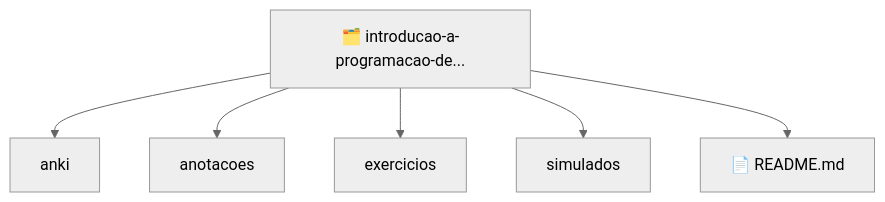
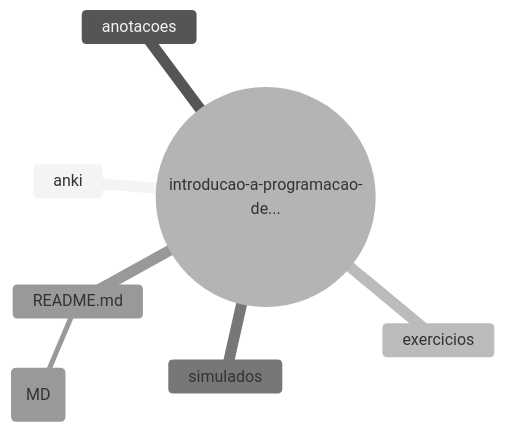
The diagram in 2025-2-Semestre/introducao-a-programacao-de-computadores/MAPA_MENTAL.md (jean-nathan/jornada-eng-software), drawn with Mermaid (neutral theme) before and after one commit. The commit also changed other lines of this file and 6 other files, not shown here.

Commit message:
003 - Fix GitHub Mermaid mindmap rendering with flowchart syntax v2

````diff
--- a/2025-2-Semestre/introducao-a-programacao-de-computadores/MAPA_MENTAL.md
+++ b/2025-2-Semestre/introducao-a-programacao-de-computadores/MAPA_MENTAL.md
@@ -7,14 +7,10 @@
 ```mermaid
-flowchart TD
-  root[🗂️ introducao-a-programacao-de...]
-  root_anki_0[anki]
-  root_anotacoes_1[anotacoes]
-  root_exercicios_2[exercicios]
-  root_simulados_3[simulados]
-  root_README.md_4[📄 README.md]
-  root --> root_anki_0
-  root --> root_anotacoes_1
-  root --> root_exercicios_2
-  root --> root_simulados_3
-  root --> root_README.md_4
+mindmap
+  root((introducao-a-programacao-de...))
+    anki
+    anotacoes
+    exercicios
+    simulados
+    README.md
+      (MD)
 ```
````
